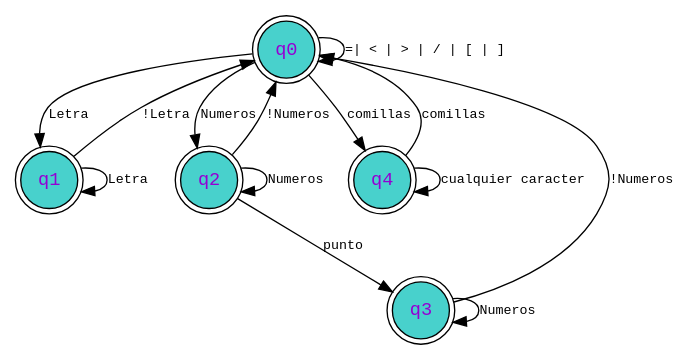
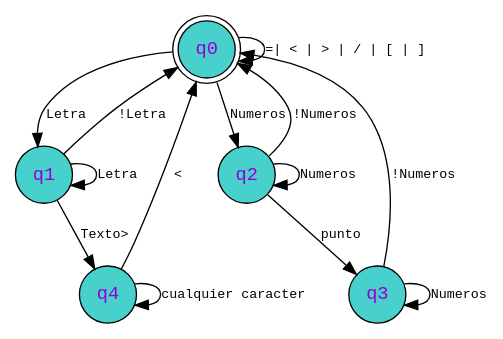
The diagram in automatapr1.dot (Lal0gg/LFP_PROY1_2S22), drawn with Graphviz before and after one commit. The commit also changed 24 other files, not shown here.

```diff
--- a/automatapr1.dot
+++ b/automatapr1.dot
@@ -1,24 +1,20 @@
 digraph G {
     q0 -> q1 [label="Letra" fontname="Courier New " fontsize=10]
     q1 -> q1 [label="Letra" fontname="Courier New" fontsize=10];
     q1 -> q0 [label="!Letra"fontname="Courier New" fontsize=10];
     q0 -> q0 [label="=| < | > | / | [ | ]" fontname="Courier New" fontsize=10 ]
     q0 -> q2 [label="Numeros" fontname="Courier New" fontsize=10]
     q2 -> q2 [label="Numeros" fontname="Courier New" fontsize=10]
     q2 -> q0 [label="!Numeros" fontname="Courier New" fontsize=10]
     q2->q3[label="punto" fontname="Courier New" fontsize=10]
     q3 -> q3 [label="Numeros" fontname="Courier New" fontsize=10]
     q3 -> q0 [label="!Numeros" fontname="Courier New" fontsize=10]
-    q0 -> q4 [label="comillas" fontname="Courier New" fontsize=10]
-    q4 -> q0 [label="comillas" fontname="Courier New" fontsize=10]
+    q1 -> q4 [label="Texto>" fontname="Courier New" fontsize=10]
+    q4 -> q0 [label="<" fontname="Courier New" fontsize=10]
     q4 -> q4 [label="cualquier caracter" fontname="Courier New" fontsize=10]
-
-    
     q0 [shape=doublecircle fontname="Courier New" style=filled fillcolor=mediumturquoise fontcolor=darkviolet];
-    q1 [shape=doublecircle fontname="Courier New" style=filled fillcolor=mediumturquoise fontcolor=darkviolet];
-    q2 [shape=doublecircle fontname="Courier New" style=filled fillcolor=mediumturquoise fontcolor=darkviolet];
-    q3 [shape=doublecircle fontname="Courier New" style=filled fillcolor=mediumturquoise fontcolor=darkviolet];
-    q4 [shape=doublecircle fontname="Courier New" style=filled fillcolor=mediumturquoise fontcolor=darkviolet];
-
-    
+    q1 [shape=circle fontname="Courier New" style=filled fillcolor=mediumturquoise fontcolor=darkviolet];
+    q2 [shape=circle fontname="Courier New" style=filled fillcolor=mediumturquoise fontcolor=darkviolet];
+    q3 [shape=circle fontname="Courier New" style=filled fillcolor=mediumturquoise fontcolor=darkviolet];
+    q4 [shape=circle fontname="Courier New" style=filled fillcolor=mediumturquoise fontcolor=darkviolet];
 }
```
